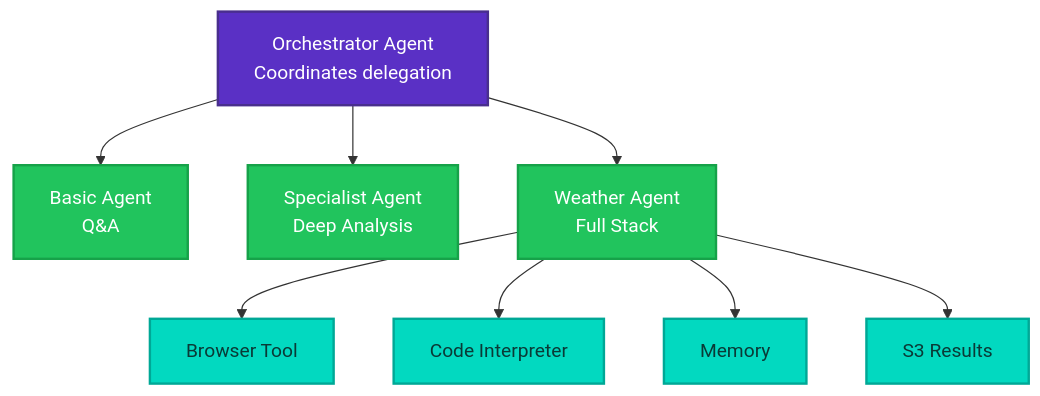
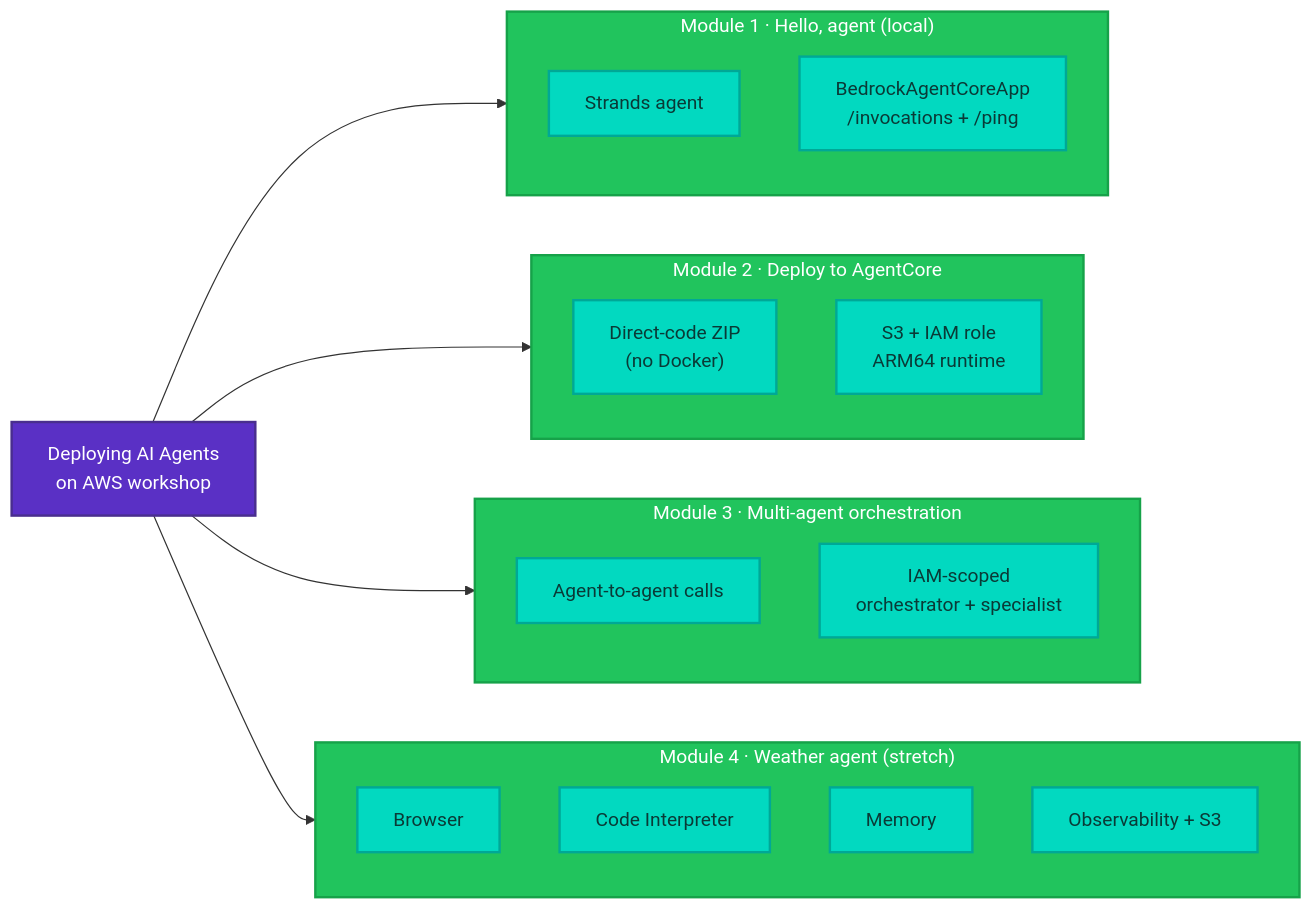
One commit to dirien/pulumi-ai-aws-bedrock-workshop changed the diagram in index.md. Above: the diagram before and after it, drawn with Mermaid. The commit also changed other lines of this file and 12 other files, not shown here.

````diff
--- a/index.md
+++ b/index.md
@@ -14,22 +14,51 @@
 ```mermaid
-flowchart TD
-    O["Orchestrator Agent<br/>Coordinates delegation"]
-    style O fill:#5a30c5,color:#fff,stroke:#492e8e,stroke-width:2px
+flowchart LR
+    W["Deploying AI Agents<br/>on AWS workshop"]
 
-    O --> A["Basic Agent<br/>Q&A"]
-    O --> C["Specialist Agent<br/>Deep Analysis"]
-    O --> D["Weather Agent<br/>Full Stack"]
+    W --> M1
+    W --> M2
+    W --> M3
+    W --> M4
 
-    D --> E["Browser Tool"]
-    D --> F["Code Interpreter"]
-    D --> G["Memory"]
-    D --> H["S3 Results"]
+    subgraph M1["Module 1 · Hello, agent (local)"]
+        direction TB
+        F1["Strands agent"]
+        F2["BedrockAgentCoreApp<br/>/invocations + /ping"]
+    end
 
-    style A fill:#21c45d,color:#fff,stroke:#16a249,stroke-width:2px
-    style C fill:#21c45d,color:#fff,stroke:#16a249,stroke-width:2px
-    style D fill:#21c45d,color:#fff,stroke:#16a249,stroke-width:2px
-    style E fill:#02d9c0,color:#0a3a36,stroke:#00a896,stroke-width:2px
-    style F fill:#02d9c0,color:#0a3a36,stroke:#00a896,stroke-width:2px
-    style G fill:#02d9c0,color:#0a3a36,stroke:#00a896,stroke-width:2px
-    style H fill:#02d9c0,color:#0a3a36,stroke:#00a896,stroke-width:2px
+    subgraph M2["Module 2 · Deploy to AgentCore"]
+        direction TB
+        F3["Direct-code ZIP<br/>(no Docker)"]
+        F4["S3 + IAM role<br/>ARM64 runtime"]
+    end
+
+    subgraph M3["Module 3 · Multi-agent orchestration"]
+        direction TB
+        F5["Agent-to-agent calls"]
+        F6["IAM-scoped<br/>orchestrator + specialist"]
+    end
+
+    subgraph M4["Module 4 · Weather agent (stretch)"]
+        direction TB
+        F7["Browser"]
+        F8["Code Interpreter"]
+        F9["Memory"]
+        F10["Observability + S3"]
+    end
+
+    style W fill:#5a30c5,color:#fff,stroke:#492e8e,stroke-width:2px
+    style M1 fill:#21c45d,color:#fff,stroke:#16a249,stroke-width:2px
+    style M2 fill:#21c45d,color:#fff,stroke:#16a249,stroke-width:2px
+    style M3 fill:#21c45d,color:#fff,stroke:#16a249,stroke-width:2px
+    style M4 fill:#21c45d,color:#fff,stroke:#16a249,stroke-width:2px
+    style F1 fill:#02d9c0,color:#0a3a36,stroke:#00a896,stroke-width:2px
+    style F2 fill:#02d9c0,color:#0a3a36,stroke:#00a896,stroke-width:2px
+    style F3 fill:#02d9c0,color:#0a3a36,stroke:#00a896,stroke-width:2px
+    style F4 fill:#02d9c0,color:#0a3a36,stroke:#00a896,stroke-width:2px
+    style F5 fill:#02d9c0,color:#0a3a36,stroke:#00a896,stroke-width:2px
+    style F6 fill:#02d9c0,color:#0a3a36,stroke:#00a896,stroke-width:2px
+    style F7 fill:#02d9c0,color:#0a3a36,stroke:#00a896,stroke-width:2px
+    style F8 fill:#02d9c0,color:#0a3a36,stroke:#00a896,stroke-width:2px
+    style F9 fill:#02d9c0,color:#0a3a36,stroke:#00a896,stroke-width:2px
+    style F10 fill:#02d9c0,color:#0a3a36,stroke:#00a896,stroke-width:2px
 ```
````
